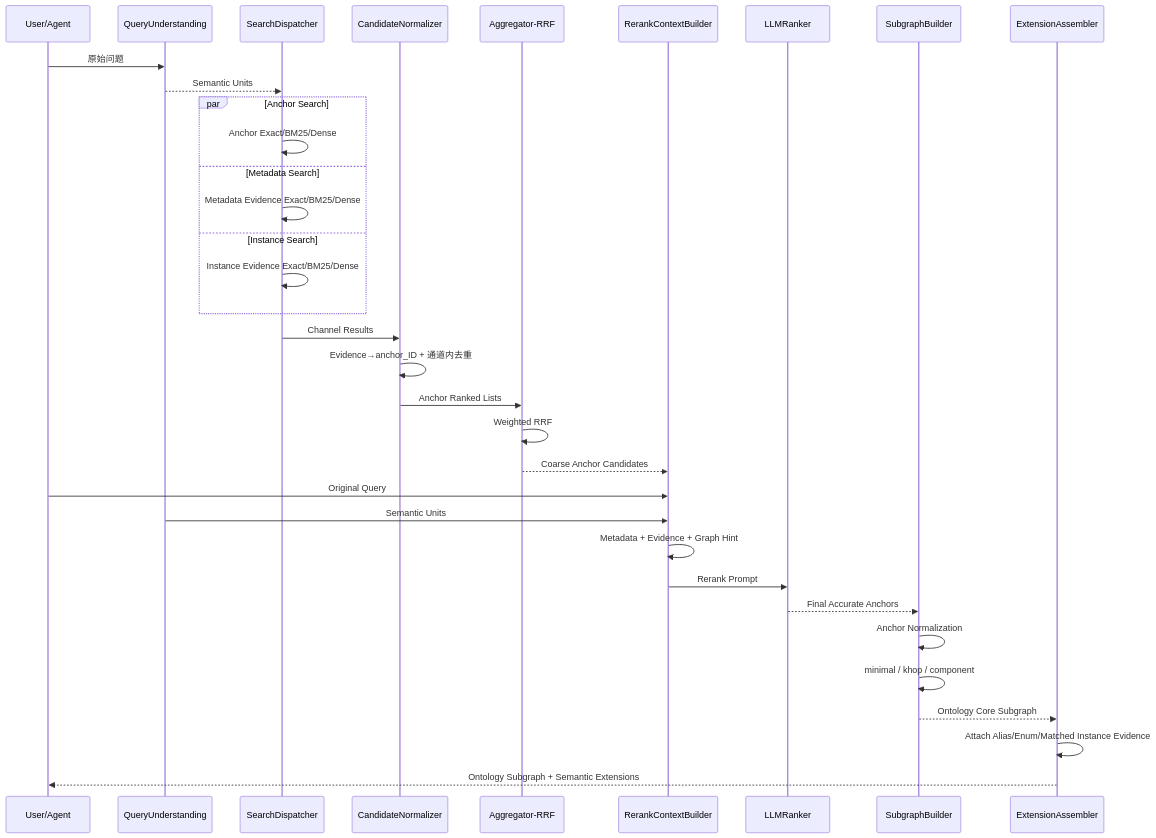
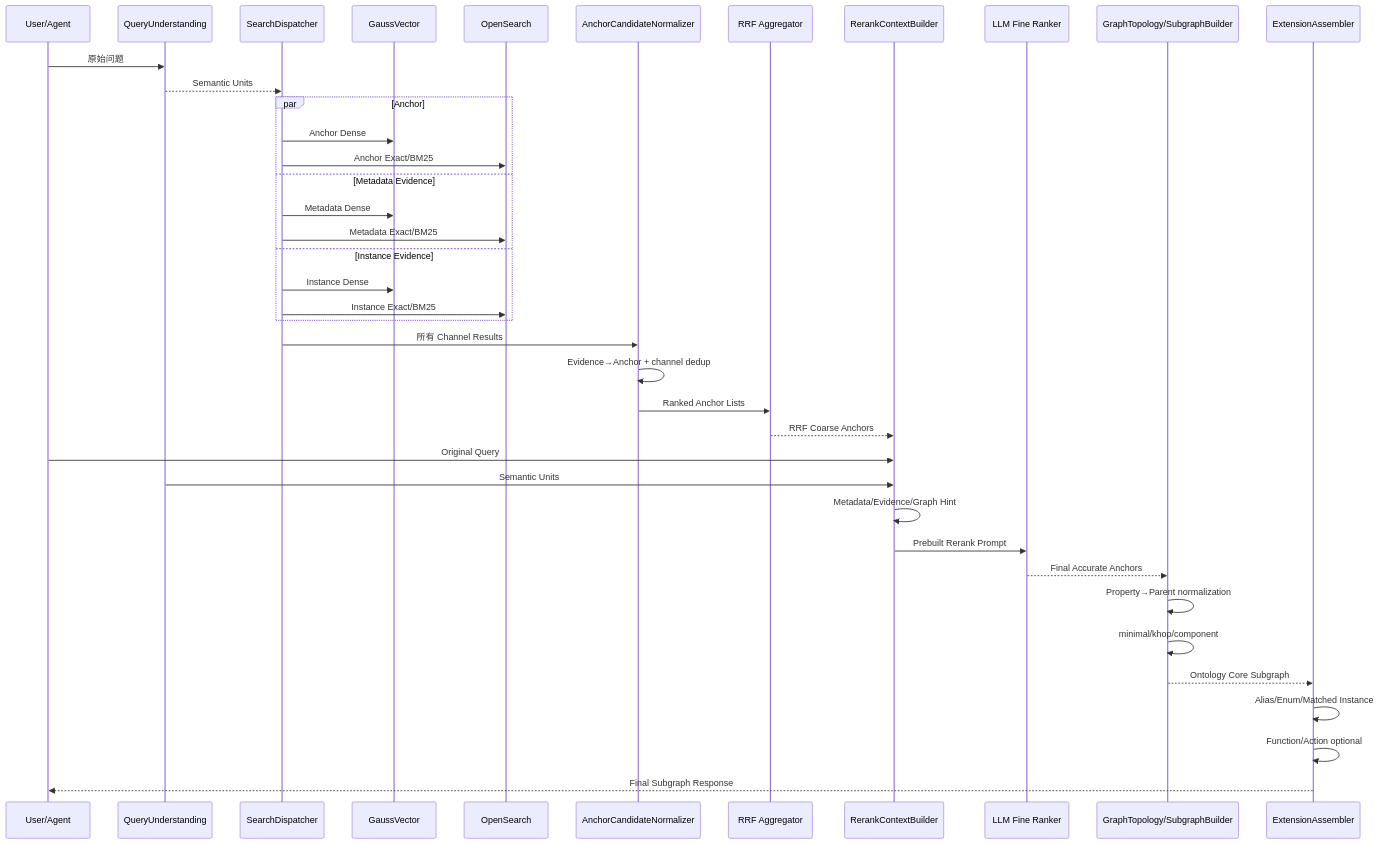
The second of 3 diagrams in docs/OAG本体锚点语义检索与向量索引设计方案.md (cfwl100/onology_dsl), drawn with Mermaid before and after one commit. The commit also changed other lines of this file, not shown here.

Commit message:
完善OAG历史设计与子图算法增强方案

````diff
--- a/docs/OAG本体锚点语义检索与向量索引设计方案.md
+++ b/docs/OAG本体锚点语义检索与向量索引设计方案.md
@@ -1256,41 +2654,47 @@
 ```mermaid
 sequenceDiagram
-    participant User as User/Agent
+    participant U as User/Agent
     participant QU as QueryUnderstanding
     participant D as SearchDispatcher
-    participant N as CandidateNormalizer
-    participant A as Aggregator-RRF
+    participant GV as GaussVector
+    participant OS as OpenSearch
+    participant N as AnchorCandidateNormalizer
+    participant R as RRF Aggregator
     participant C as RerankContextBuilder
-    participant L as LLMRanker
-    participant S as SubgraphBuilder
+    participant L as LLM Fine Ranker
+    participant G as GraphTopology/SubgraphBuilder
     participant E as ExtensionAssembler
 
-    User->>QU: 原始问题
+    U->>QU: 原始问题
     QU-->>D: Semantic Units
 
-    par Anchor Search
-      D->>D: Anchor Exact/BM25/Dense
-    and Metadata Search
-      D->>D: Metadata Evidence Exact/BM25/Dense
-    and Instance Search
-      D->>D: Instance Evidence Exact/BM25/Dense
+    par Anchor
+      D->>GV: Anchor Dense
+      D->>OS: Anchor Exact/BM25
+    and Metadata Evidence
+      D->>GV: Metadata Dense
+      D->>OS: Metadata Exact/BM25
+    and Instance Evidence
+      D->>GV: Instance Dense
+      D->>OS: Instance Exact/BM25
     end
 
-    D->>N: Channel Results
-    N->>N: Evidence→anchor_ID + 通道内去重
-    N->>A: Anchor Ranked Lists
-    A->>A: Weighted RRF
-    A-->>C: Coarse Anchor Candidates
+    D->>N: 所有 Channel Results
+    N->>N: Evidence→Anchor + channel dedup
+    N->>R: Ranked Anchor Lists
+    R-->>C: RRF Coarse Anchors
 
-    User->>C: Original Query
+    U->>C: Original Query
     QU->>C: Semantic Units
-    C->>C: Metadata + Evidence + Graph Hint
-    C->>L: Rerank Prompt
-    L-->>S: Final Accurate Anchors
+    C->>C: Metadata/Evidence/Graph Hint
+    C->>L: Prebuilt Rerank Prompt
+    L-->>G: Final Accurate Anchors
 
-    S->>S: Anchor Normalization
-    S->>S: minimal / khop / component
-    S-->>E: Ontology Core Subgraph
-    E->>E: Attach Alias/Enum/Matched Instance Evidence
-    E-->>User: Ontology Subgraph + Semantic Extensions
+    G->>G: Property→Parent normalization
+    G->>G: minimal/khop/component
+    G-->>E: Ontology Core Subgraph
+
+    E->>E: Alias/Enum/Matched Instance
+    E->>E: Function/Action optional
+    E-->>U: Final Subgraph Response
 ```
````
